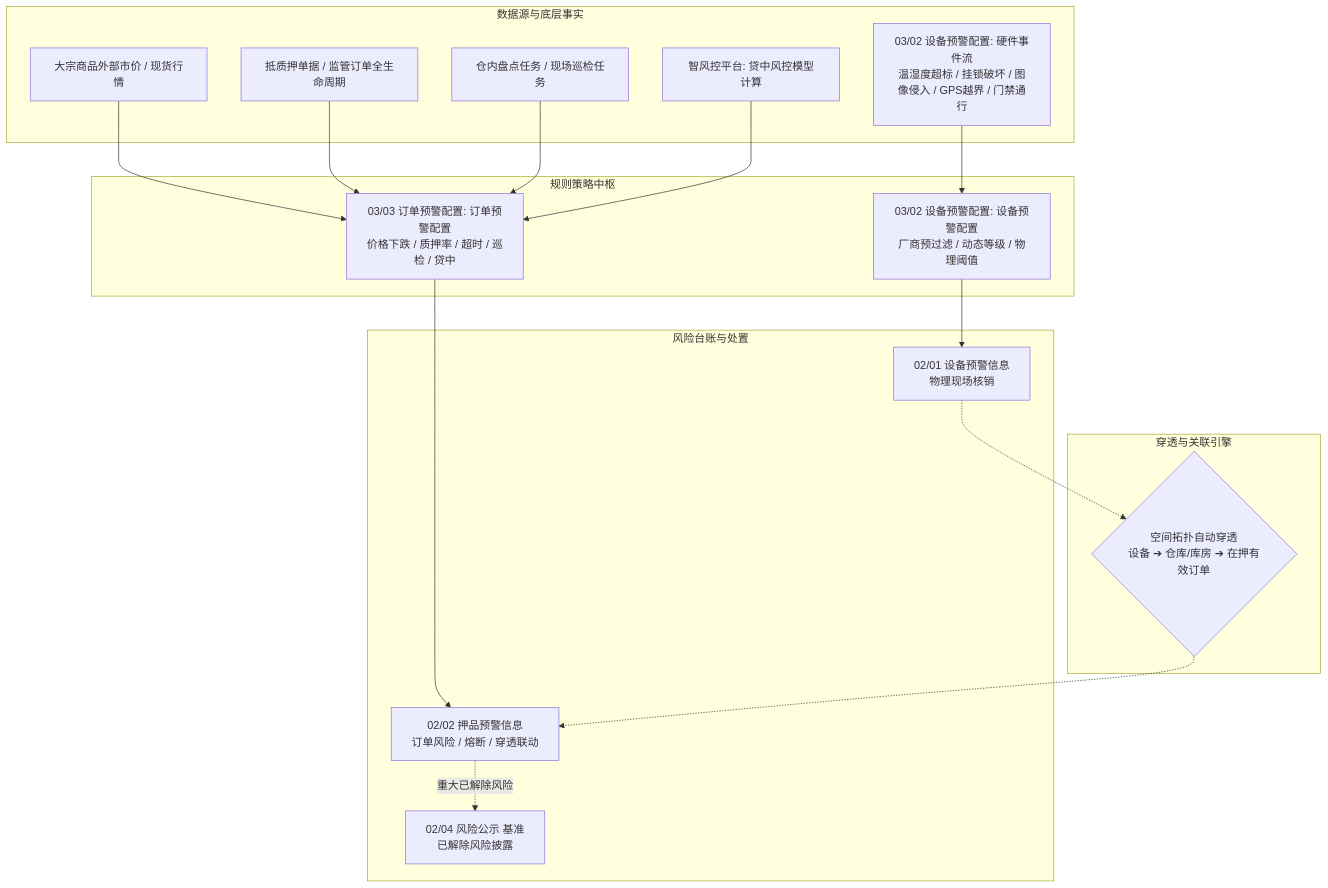
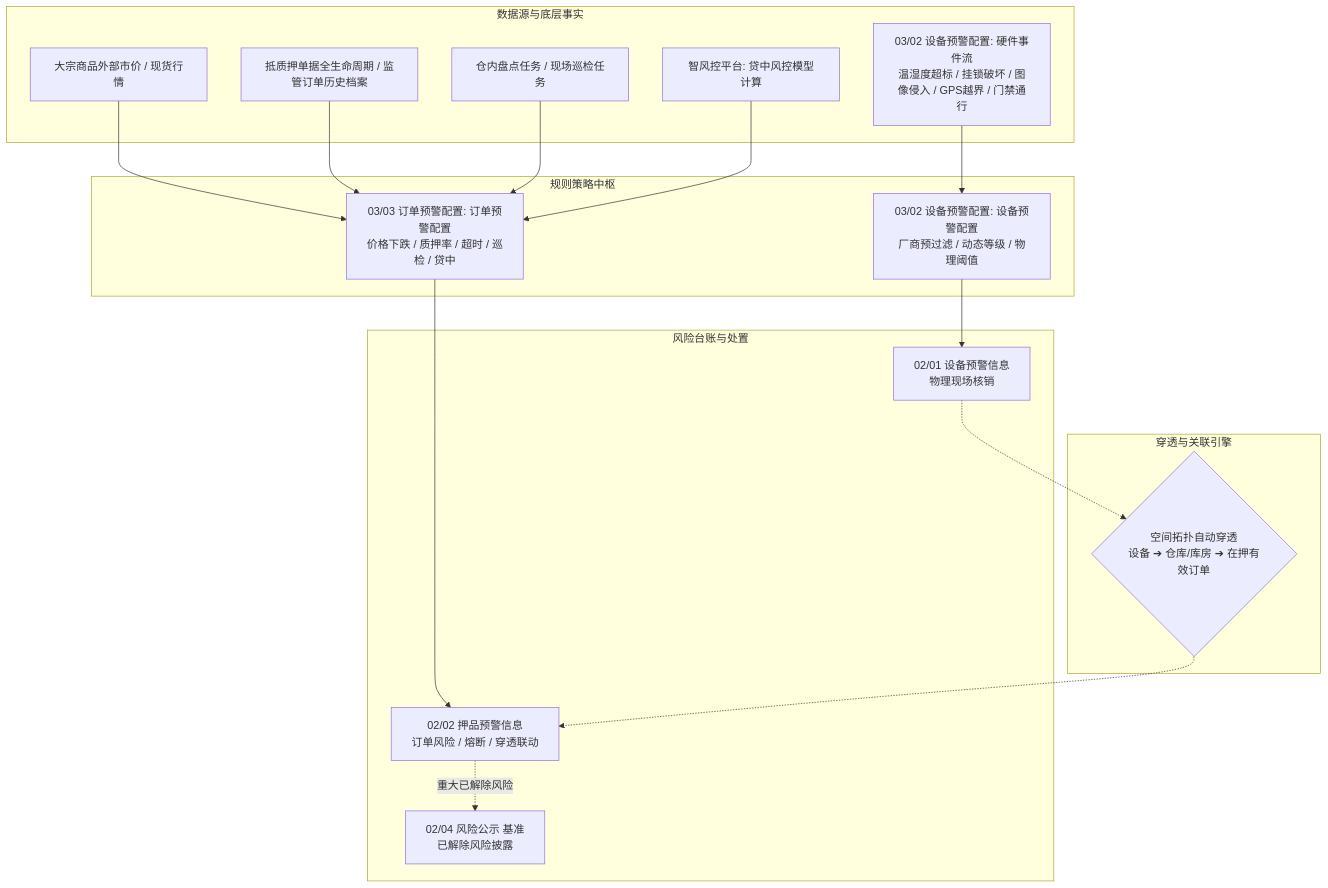
One commit to RobertHuang999/SYZC changed the first of 2 diagrams in 02-PRD文档/B-迭代需求/6.2版本（2026.08）/02-预警信息/协同规范/通知模板.md. Above: the diagram before and after it, drawn with Mermaid. The commit also changed other lines of this file and 362 other files, not shown here.

````diff
--- a/02-PRD文档/B-迭代需求/6.2版本（2026.08）/02-预警信息/协同规范/通知模板.md
+++ b/02-PRD文档/B-迭代需求/6.2版本（2026.08）/02-预警信息/协同规范/通知模板.md
@@ -19,30 +21,30 @@
 ```mermaid
 flowchart TD
     subgraph S1[数据源与底层事实]
         MKT[大宗商品外部市价 / 现货行情]
-        BIZ_DOC[抵质押单据 / 监管订单全生命周期]
+        BIZ_DOC[抵质押单据全生命周期 / 监管订单历史档案]
         CHK_TASK[仓内盘点任务 / 现场巡检任务]
         ZFK[智风控平台: 贷中风控模型计算]
         IOT_SYS[03/02 设备预警配置: 硬件事件流<br>温湿度超标 / 挂锁破坏 / 图像侵入 / GPS越界 / 门禁通行]
     end
 
     subgraph S2[规则策略中枢]
         CFG_FIN[03/03 订单预警配置: 订单预警配置<br>价格下跌 / 质押率 / 超时 / 巡检 / 贷中]
         CFG_IOT[03/02 设备预警配置: 设备预警配置<br>厂商预过滤 / 动态等级 / 物理阈值]
     end
 
     subgraph S3[穿透与关联引擎]
         PENETRATE{空间拓扑自动穿透<br>设备 ➔ 仓库/库房 ➔ 在押有效订单}
     end
 
     subgraph S4[风险台账与处置]
         INFO_DEV[02/01 设备预警信息<br>物理现场核销]
         INFO_COL[02/02 押品预警信息<br>订单风险 / 熔断 / 穿透联动]
         INFO_PUB[02/04 风险公示 基准<br>已解除风险披露]
     end
 
     MKT & BIZ_DOC & CHK_TASK & ZFK --> CFG_FIN --> INFO_COL
     IOT_SYS --> CFG_IOT --> INFO_DEV
     INFO_DEV -.-> PENETRATE -.-> INFO_COL
     INFO_COL -.重大已解除风险.-> INFO_PUB
 ```
````
